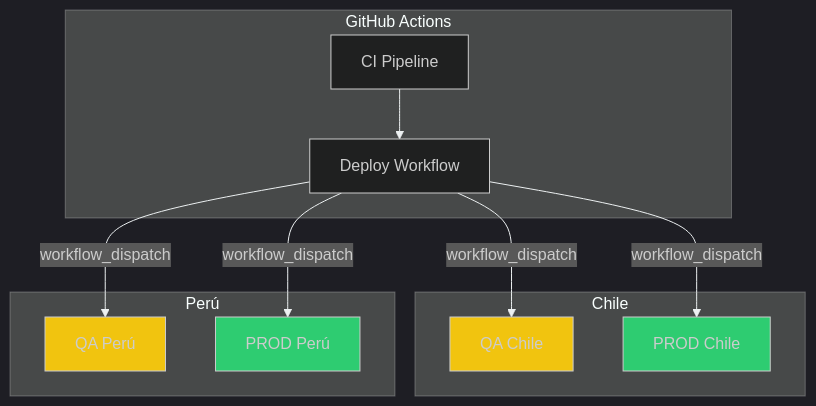
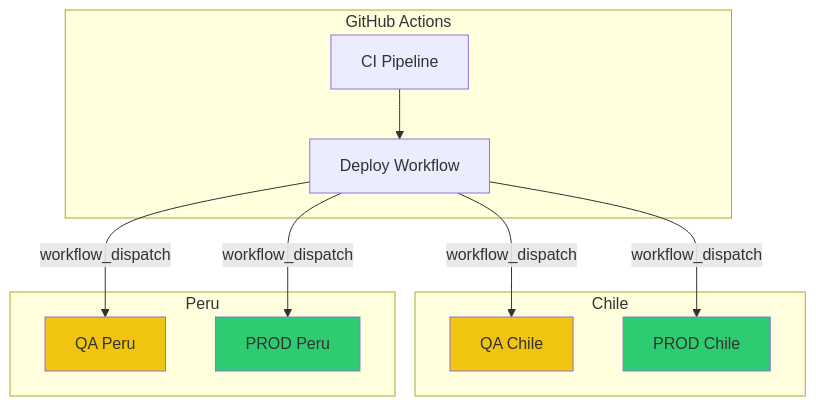
The fourth of 4 diagrams in presentations/deep-dives/infrastructure-gcp.md (developer-implementos/integration-presentations), drawn with Mermaid before and after one commit. The commit also changed other lines of this file and 11 other files, not shown here.

First line of the commit message:
feat(resilience): agregar soporte para mermaid en presentaciones

```diff
--- a/presentations/deep-dives/infrastructure-gcp.md
+++ b/presentations/deep-dives/infrastructure-gcp.md
@@ -746,29 +759,28 @@
 <div class="mermaid">
-%%{init: {'theme': 'dark', 'themeVariables': { 'primaryColor': '#3498db', 'primaryTextColor': '#fff', 'primaryBorderColor': '#2980b9', 'lineColor': '#ecf0f1', 'secondaryColor': '#2c3e50', 'tertiaryColor': '#34495e', 'fontSize': '16px' }}}%%
 graph TB
     subgraph "GitHub Actions"
         CI[CI Pipeline]
         DEPLOY[Deploy Workflow]
     end
 
     subgraph "Chile"
         QA_CL[QA Chile]
         PROD_CL[PROD Chile]
     end
 
-    subgraph "Perú"
-        QA_PE[QA Perú]
-        PROD_PE[PROD Perú]
+    subgraph "Peru"
+        QA_PE[QA Peru]
+        PROD_PE[PROD Peru]
     end
 
     CI --> DEPLOY
     DEPLOY -->|workflow_dispatch| QA_CL
     DEPLOY -->|workflow_dispatch| PROD_CL
     DEPLOY -->|workflow_dispatch| QA_PE
     DEPLOY -->|workflow_dispatch| PROD_PE
 
     style QA_CL fill:#f1c40f
     style PROD_CL fill:#2ecc71
     style QA_PE fill:#f1c40f
     style PROD_PE fill:#2ecc71
 </div>
```
